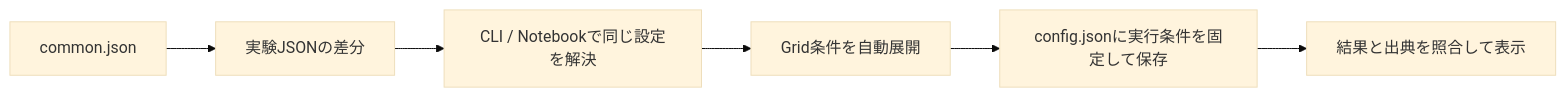
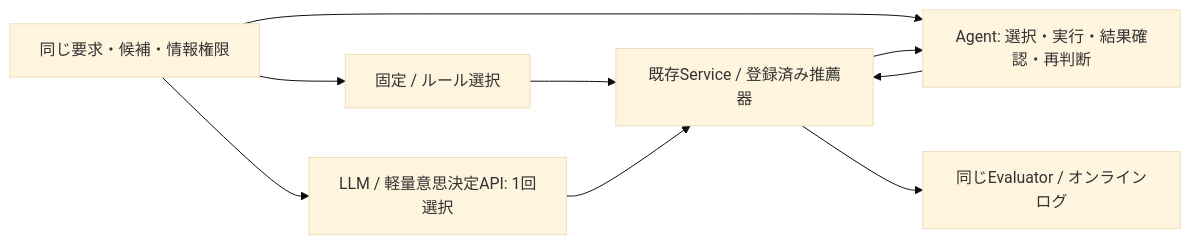
The second of 2 diagrams in docs/architecture.md (97kuek/music-recsys), drawn with Mermaid (base theme) before and after one commit. The commit also changed other lines of this file and 21 other files, not shown here.

````diff
--- a/docs/architecture.md
+++ b/docs/architecture.md
@@ -107,8 +103,11 @@
 ```mermaid
 flowchart LR
-    C[common.json] --> E[実験JSONの差分]
-    E --> R[CLI / Notebookで同じ設定を解決]
-    R --> G[Grid条件を自動展開]
-    G --> S[config.jsonに実行条件を固定して保存]
-    S --> V[結果と出典を照合して表示]
+    Q[同じ要求・候補・情報権限] --> F[固定 / ルール選択]
+    Q --> L[LLM / 軽量意思決定API: 1回選択]
+    Q --> A[Agent: 選択・実行・結果確認・再判断]
+    F --> S[既存Service / 登録済み推薦器]
+    L --> S
+    A --> S
+    S --> A
+    S --> E[同じEvaluator / オンラインログ]
 ```
````
